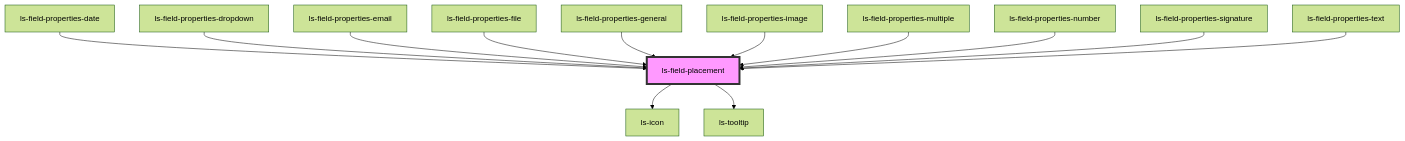
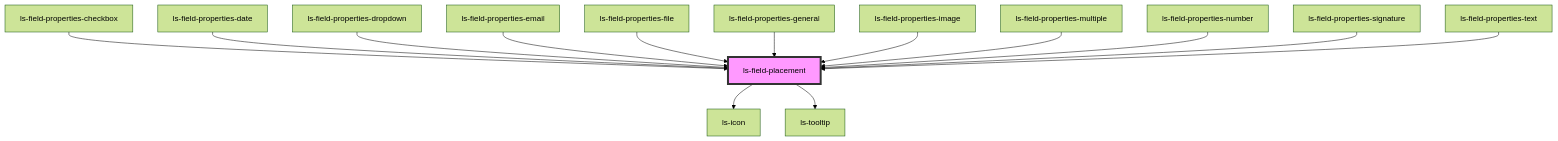
One commit to legalesign/ls-document-viewer changed the diagram in src/components/ls-field-placement/readme.md. Above: the diagram before and after it, drawn with Mermaid (forest theme). The commit also changed other lines of this file and 24 other files, not shown here.

````diff
--- a/src/components/ls-field-placement/readme.md
+++ b/src/components/ls-field-placement/readme.md
@@ -44,16 +45,17 @@
 ```mermaid
 graph TD;
   ls-field-placement --> ls-icon
   ls-field-placement --> ls-tooltip
+  ls-field-properties-checkbox --> ls-field-placement
   ls-field-properties-date --> ls-field-placement
   ls-field-properties-dropdown --> ls-field-placement
   ls-field-properties-email --> ls-field-placement
   ls-field-properties-file --> ls-field-placement
   ls-field-properties-general --> ls-field-placement
   ls-field-properties-image --> ls-field-placement
   ls-field-properties-multiple --> ls-field-placement
   ls-field-properties-number --> ls-field-placement
   ls-field-properties-signature --> ls-field-placement
   ls-field-properties-text --> ls-field-placement
   style ls-field-placement fill:#f9f,stroke:#333,stroke-width:4px
 ```
````
